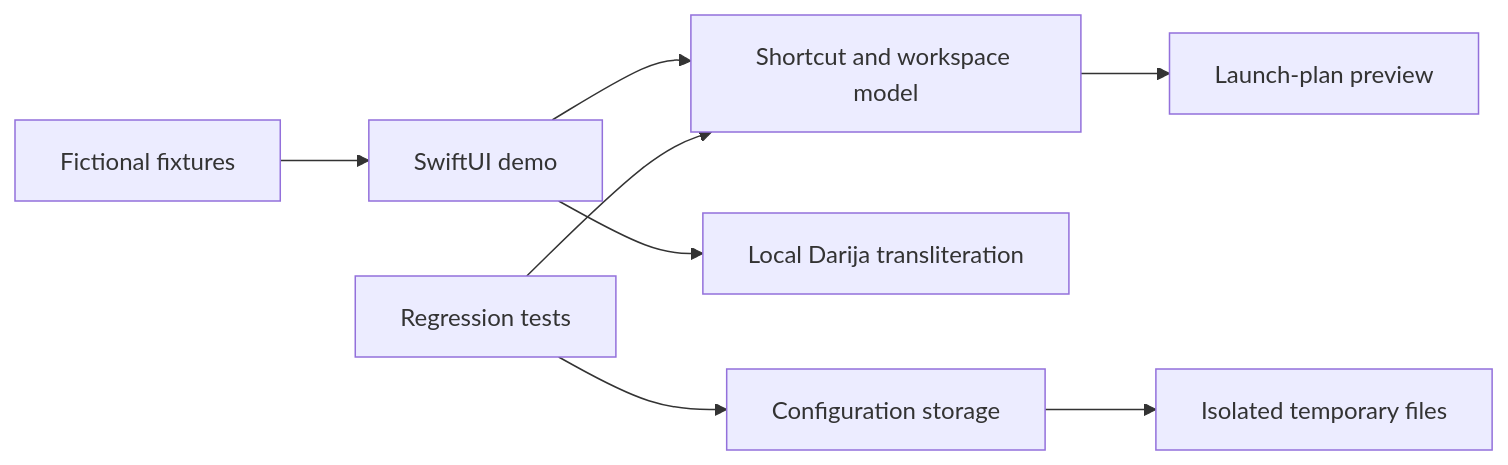
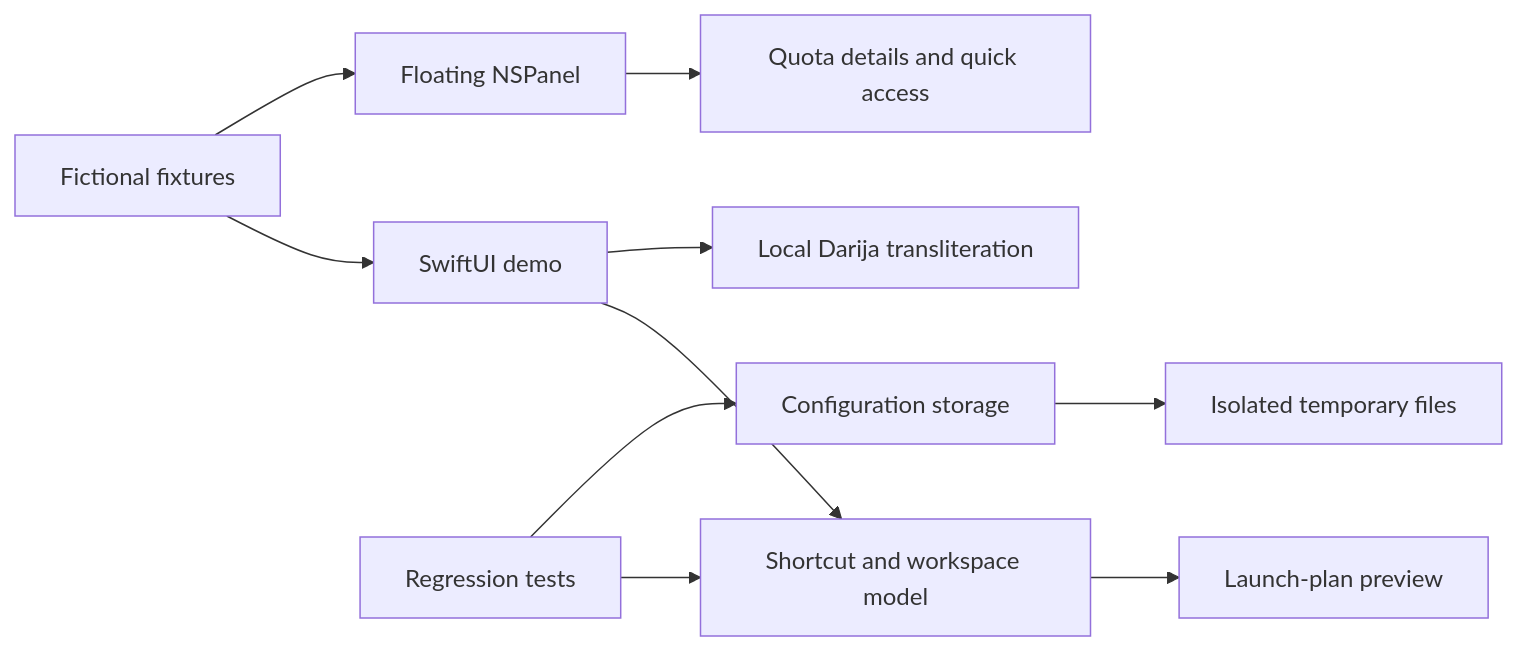
The diagram in docs/ARCHITECTURE.md (aliradid/jarvis-macos), drawn with Mermaid before and after one commit. The commit also changed other lines of this file and 20 other files, not shown here.

Commit message:
Add floating widget and expense charts

````diff
--- a/docs/ARCHITECTURE.md
+++ b/docs/ARCHITECTURE.md
@@ -5,10 +5,12 @@
 ```mermaid
 flowchart LR
     Fixtures[Fictional fixtures] --> UI[SwiftUI demo]
     UI --> Model[Shortcut and workspace model]
     Model --> Plan[Launch-plan preview]
     UI --> Language[Local Darija transliteration]
+    Fixtures --> Panel[Floating NSPanel]
+    Panel --> Popovers[Quota details and quick access]
     Tests[Regression tests] --> Model
     Tests --> Storage[Configuration storage]
     Storage --> Temp[Isolated temporary files]
 ```
````
